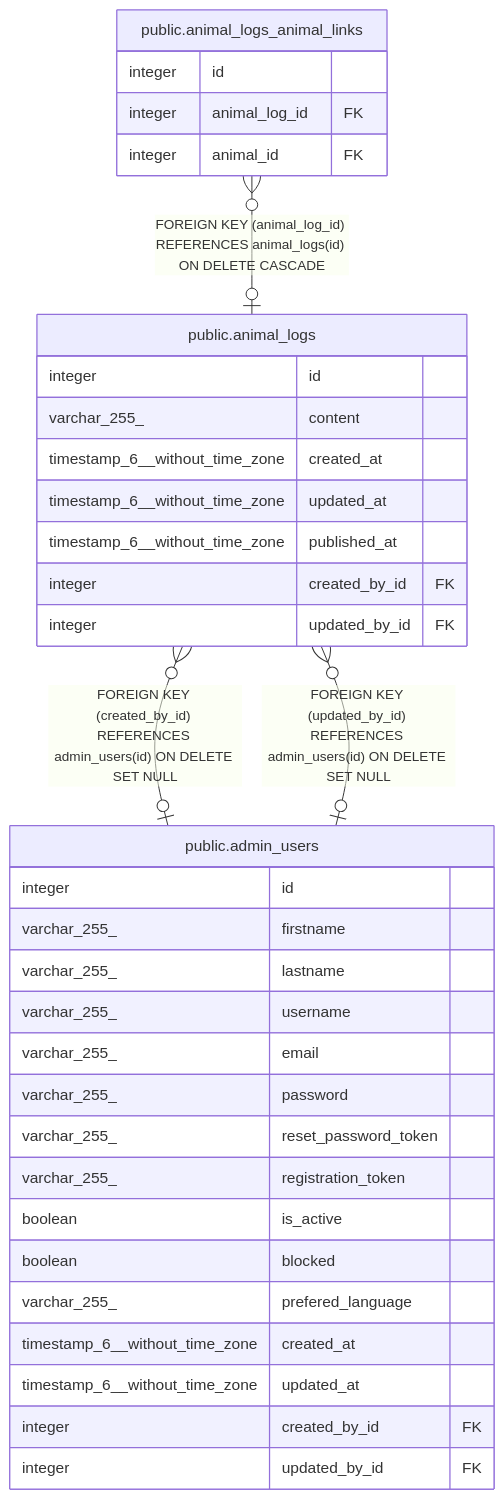
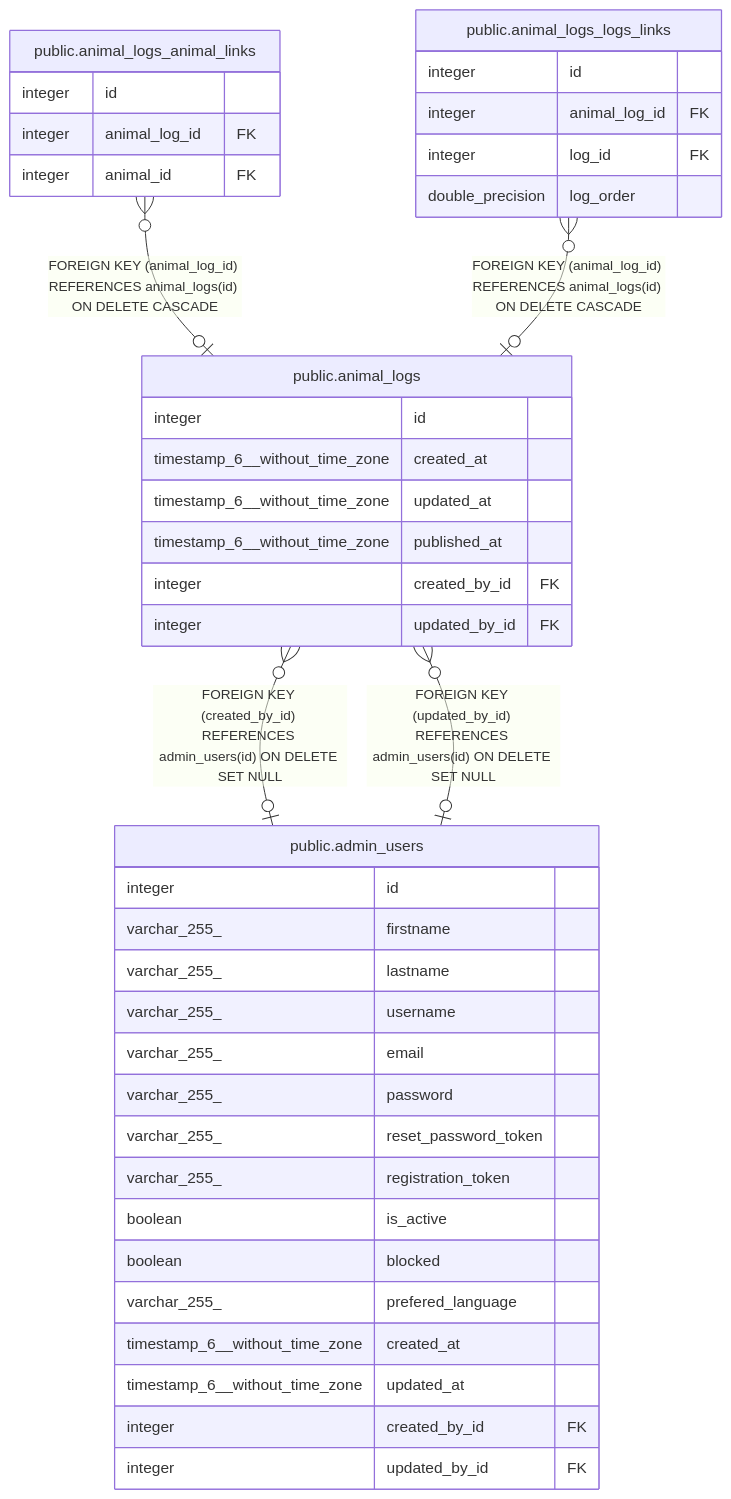
Before and after one commit to mosamosamosamosa/Anitection: the diagram in docs/dbschema/public.animal_logs.md, drawn with Mermaid. The commit also changed other lines of this file and 20 other files, not shown here.

````diff
--- a/docs/dbschema/public.animal_logs.md
+++ b/docs/dbschema/public.animal_logs.md
@@ -35,39 +34,45 @@
 ```mermaid
 erDiagram
 
 "public.animal_logs_animal_links" }o--o| "public.animal_logs" : "FOREIGN KEY (animal_log_id) REFERENCES animal_logs(id) ON DELETE CASCADE"
+"public.animal_logs_logs_links" }o--o| "public.animal_logs" : "FOREIGN KEY (animal_log_id) REFERENCES animal_logs(id) ON DELETE CASCADE"
 "public.animal_logs" }o--o| "public.admin_users" : "FOREIGN KEY (created_by_id) REFERENCES admin_users(id) ON DELETE SET NULL"
 "public.animal_logs" }o--o| "public.admin_users" : "FOREIGN KEY (updated_by_id) REFERENCES admin_users(id) ON DELETE SET NULL"
 
 "public.animal_logs" {
   integer id
-  varchar_255_ content
   timestamp_6__without_time_zone created_at
   timestamp_6__without_time_zone updated_at
   timestamp_6__without_time_zone published_at
   integer created_by_id FK
   integer updated_by_id FK
 }
 "public.animal_logs_animal_links" {
   integer id
   integer animal_log_id FK
   integer animal_id FK
+}
+"public.animal_logs_logs_links" {
+  integer id
+  integer animal_log_id FK
+  integer log_id FK
+  double_precision log_order
 }
 "public.admin_users" {
   integer id
   varchar_255_ firstname
   varchar_255_ lastname
   varchar_255_ username
   varchar_255_ email
   varchar_255_ password
   varchar_255_ reset_password_token
   varchar_255_ registration_token
   boolean is_active
   boolean blocked
   varchar_255_ prefered_language
   timestamp_6__without_time_zone created_at
   timestamp_6__without_time_zone updated_at
   integer created_by_id FK
   integer updated_by_id FK
 }
 ```
````
